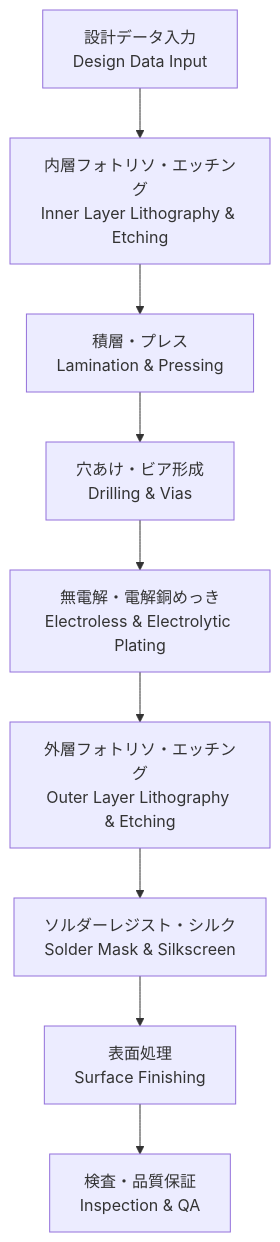
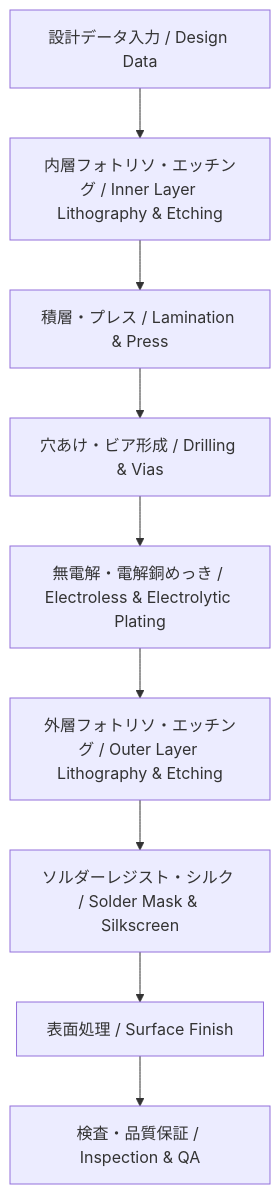
The diagram in Assembly-Integration/PCB/fabrication.md (Samizo-AITL/Edusemi-Plus), drawn with Mermaid before and after one commit. The commit also changed other lines of this file, not shown here.

````diff
--- a/Assembly-Integration/PCB/fabrication.md
+++ b/Assembly-Integration/PCB/fabrication.md
@@ -56,11 +62,11 @@
 ```mermaid
 flowchart TD
-  A[設計データ入力<br/>Design Data Input] --> B[内層フォトリソ・エッチング<br/>Inner Layer Lithography & Etching]
-  B --> C[積層・プレス<br/>Lamination & Pressing]
-  C --> D[穴あけ・ビア形成<br/>Drilling & Vias]
-  D --> E[無電解・電解銅めっき<br/>Electroless & Electrolytic Plating]
-  E --> F[外層フォトリソ・エッチング<br/>Outer Layer Lithography & Etching]
-  F --> G[ソルダーレジスト・シルク<br/>Solder Mask & Silkscreen]
-  G --> H[表面処理<br/>Surface Finishing]
-  H --> I[検査・品質保証<br/>Inspection & QA]
+  A[設計データ入力 / Design Data] --> B[内層フォトリソ・エッチング / Inner Layer Lithography & Etching]
+  B --> C[積層・プレス / Lamination & Press]
+  C --> D[穴あけ・ビア形成 / Drilling & Vias]
+  D --> E[無電解・電解銅めっき / Electroless & Electrolytic Plating]
+  E --> F[外層フォトリソ・エッチング / Outer Layer Lithography & Etching]
+  F --> G[ソルダーレジスト・シルク / Solder Mask & Silkscreen]
+  G --> H[表面処理 / Surface Finish]
+  H --> I[検査・品質保証 / Inspection & QA]
 ```
````
